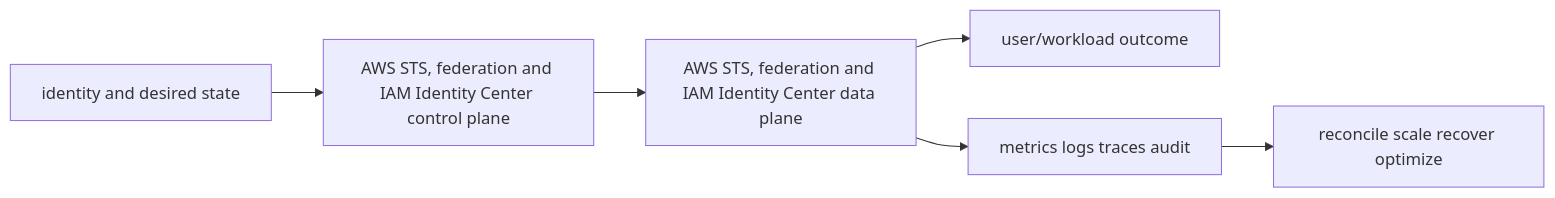
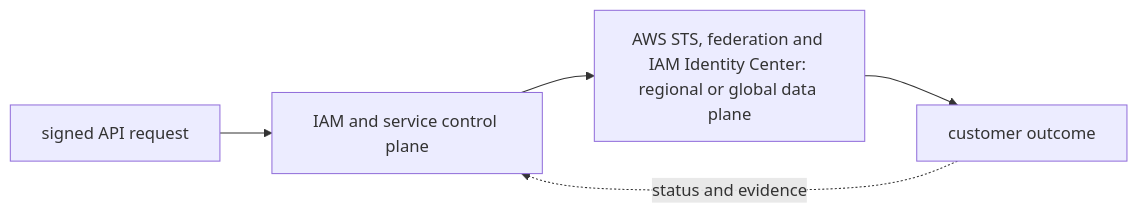
One commit to tomkidumbuyo/DevOps-interview-preparation changed the diagram in 07-aws/01-foundations/03-sts-identity-center/README.md. Above: the diagram before and after it, drawn with Mermaid. The commit also changed other lines of this file and 753 other files, not shown here.

````diff
--- a/07-aws/01-foundations/03-sts-identity-center/README.md
+++ b/07-aws/01-foundations/03-sts-identity-center/README.md
@@ -19,8 +31,7 @@
 ```mermaid
 flowchart LR
-  I[identity and desired state] --> C[AWS STS, federation and IAM Identity Center control plane]
-  C --> D[AWS STS, federation and IAM Identity Center data plane]
-  D --> U[user/workload outcome]
-  D --> O[metrics logs traces audit]
-  O --> R[reconcile scale recover optimize]
+  A["signed API request"] --> B["IAM and service control plane"]
+  B --> C["AWS STS, federation and IAM Identity Center: regional or global data plane"]
+  C --> D["customer outcome"]
+  D -. "status and evidence" .-> B
 ```
````
